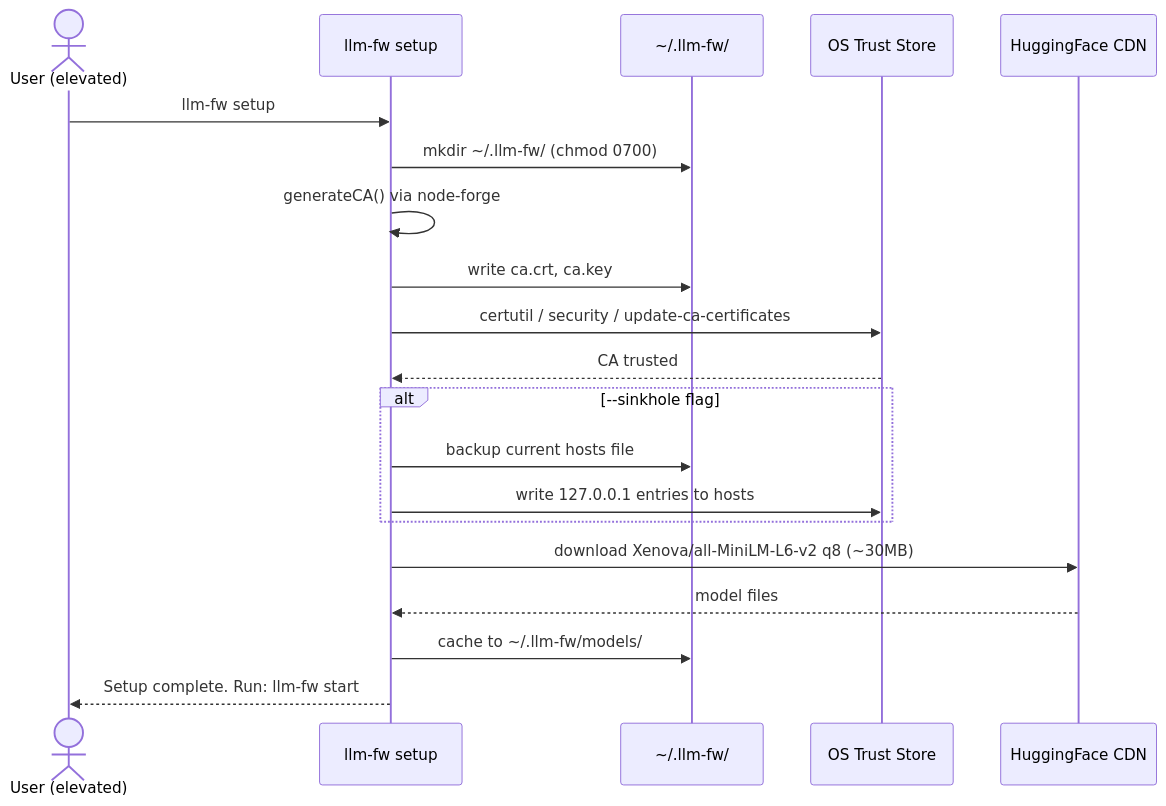
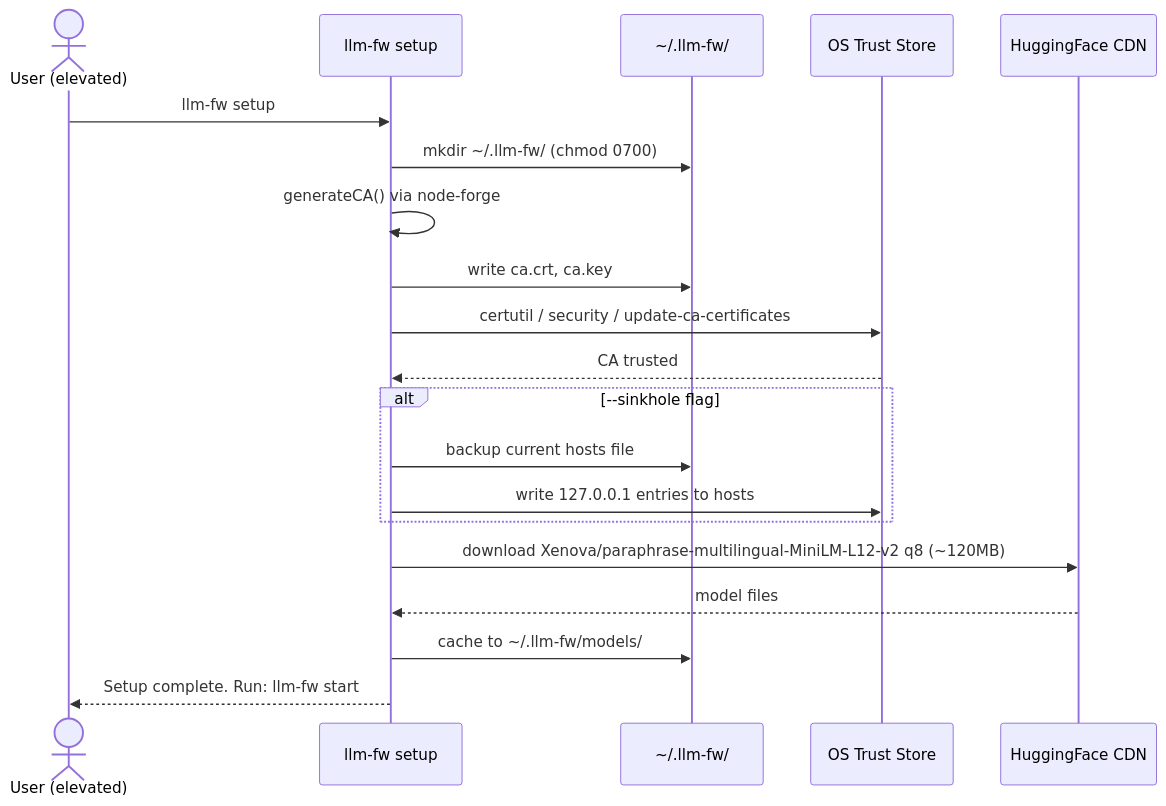
Before and after one commit to PIsberg/llm-fw: the eighth of 11 diagrams in docs/ARCHITECTURE.md, drawn with Mermaid. The commit also changed other lines of this file and 8 other files, not shown here.

````diff
--- a/docs/ARCHITECTURE.md
+++ b/docs/ARCHITECTURE.md
@@ -309,25 +309,25 @@
 ```mermaid
 sequenceDiagram
     actor U as User (elevated)
     participant CLI as llm-fw setup
     participant FS as ~/.llm-fw/
     participant OS as OS Trust Store
     participant HF as HuggingFace CDN
 
     U->>CLI: llm-fw setup
     CLI->>FS: mkdir ~/.llm-fw/ (chmod 0700)
     CLI->>CLI: generateCA() via node-forge
     CLI->>FS: write ca.crt, ca.key
     CLI->>OS: certutil / security / update-ca-certificates
     OS-->>CLI: CA trusted
 
     alt --sinkhole flag
         CLI->>FS: backup current hosts file
         CLI->>OS: write 127.0.0.1 entries to hosts
     end
 
-    CLI->>HF: download Xenova/all-MiniLM-L6-v2 q8 (~30MB)
+    CLI->>HF: download Xenova/paraphrase-multilingual-MiniLM-L12-v2 q8 (~120MB)
     HF-->>CLI: model files
     CLI->>FS: cache to ~/.llm-fw/models/
     CLI-->>U: Setup complete. Run: llm-fw start
 ```
````
